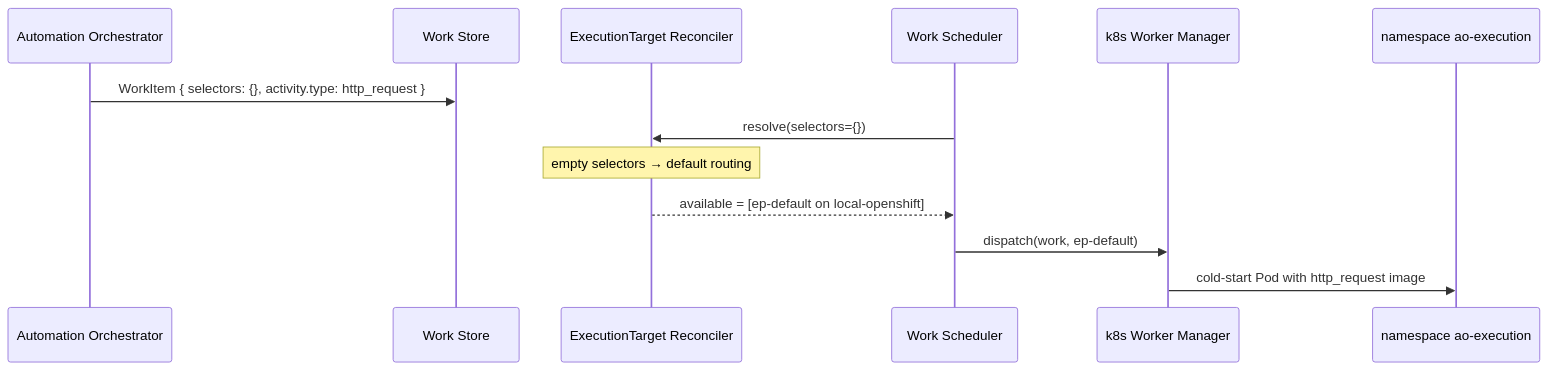
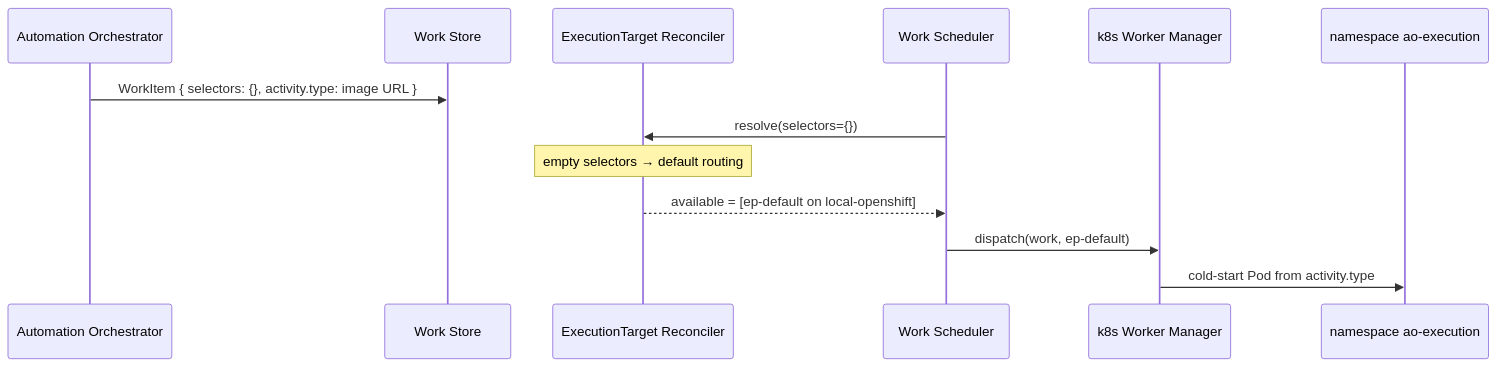
One commit to syntara-orchestration/syntara changed the diagram in backend/docs/execution-plane/examples/00-one-workload-default-target.md. Above: the diagram before and after it, drawn with Mermaid. The commit also changed other lines of this file and 4 other files, not shown here.

First line of the commit message:
docs(AAP-92721): put the resolved container image on activity.type

````diff
--- a/backend/docs/execution-plane/examples/00-one-workload-default-target.md
+++ b/backend/docs/execution-plane/examples/00-one-workload-default-target.md
@@ -128,16 +128,16 @@
 ```mermaid
 sequenceDiagram
     participant AO as Automation Orchestrator
     participant WS as Work Store
     participant ETR as ExecutionTarget Reconciler
     participant Sch as Work Scheduler
     participant WM as k8s Worker Manager
     participant NS as namespace ao-execution
 
-    AO->>WS: WorkItem { selectors: {}, activity.type: http_request }
+    AO->>WS: WorkItem { selectors: {}, activity.type: image URL }
     Sch->>ETR: resolve(selectors={})
     Note over ETR: empty selectors → default routing
     ETR-->>Sch: available = [ep-default on local-openshift]
     Sch->>WM: dispatch(work, ep-default)
-    WM->>NS: cold-start Pod with http_request image
+    WM->>NS: cold-start Pod from activity.type
 ```
````
